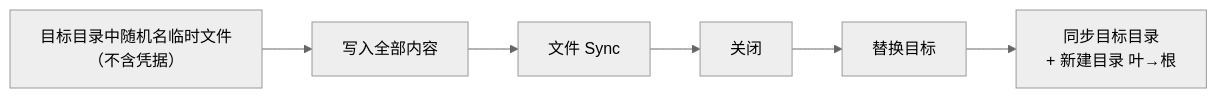
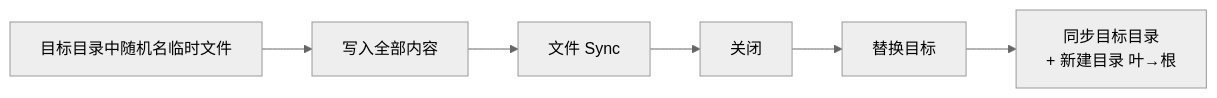
One commit to FlanChanXwO/pixiv-cli changed the fourth of 5 diagrams in docs/zh-CN/maintainers/architecture.md. Above: the diagram before and after it, drawn with Mermaid (neutral theme). The commit also changed other lines of this file and 73 other files, not shown here.

````diff
--- a/docs/zh-CN/maintainers/architecture.md
+++ b/docs/zh-CN/maintainers/architecture.md
@@ -255,4 +244,4 @@
 ```mermaid
 flowchart LR
-    T["目标目录中随机名临时文件<br/>（不含凭据）"] --> W["写入全部内容"] --> S["文件 Sync"] --> C["关闭"] --> R["替换目标"] --> D["同步目标目录<br/>+ 新建目录 叶→根"]
+    T["目标目录中随机名临时文件"] --> W["写入全部内容"] --> S["文件 Sync"] --> C["关闭"] --> R["替换目标"] --> D["同步目标目录<br/>+ 新建目录 叶→根"]
 ```
````
